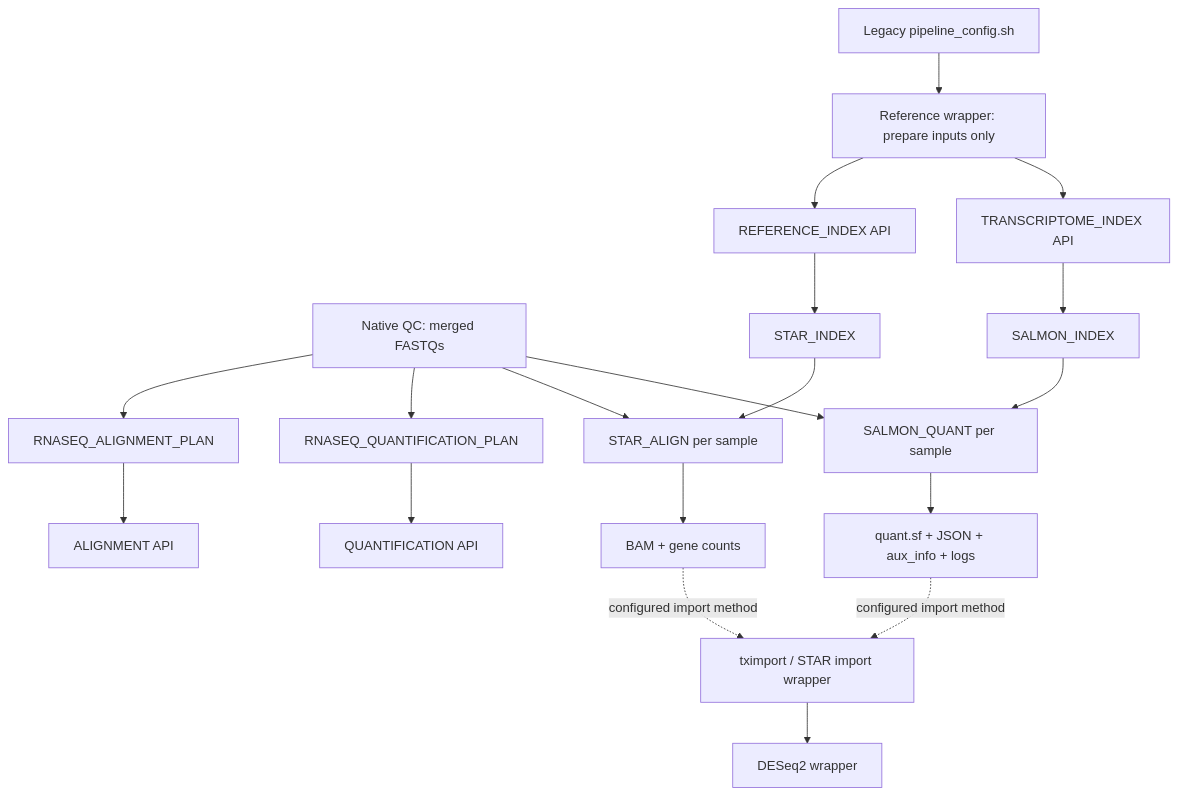
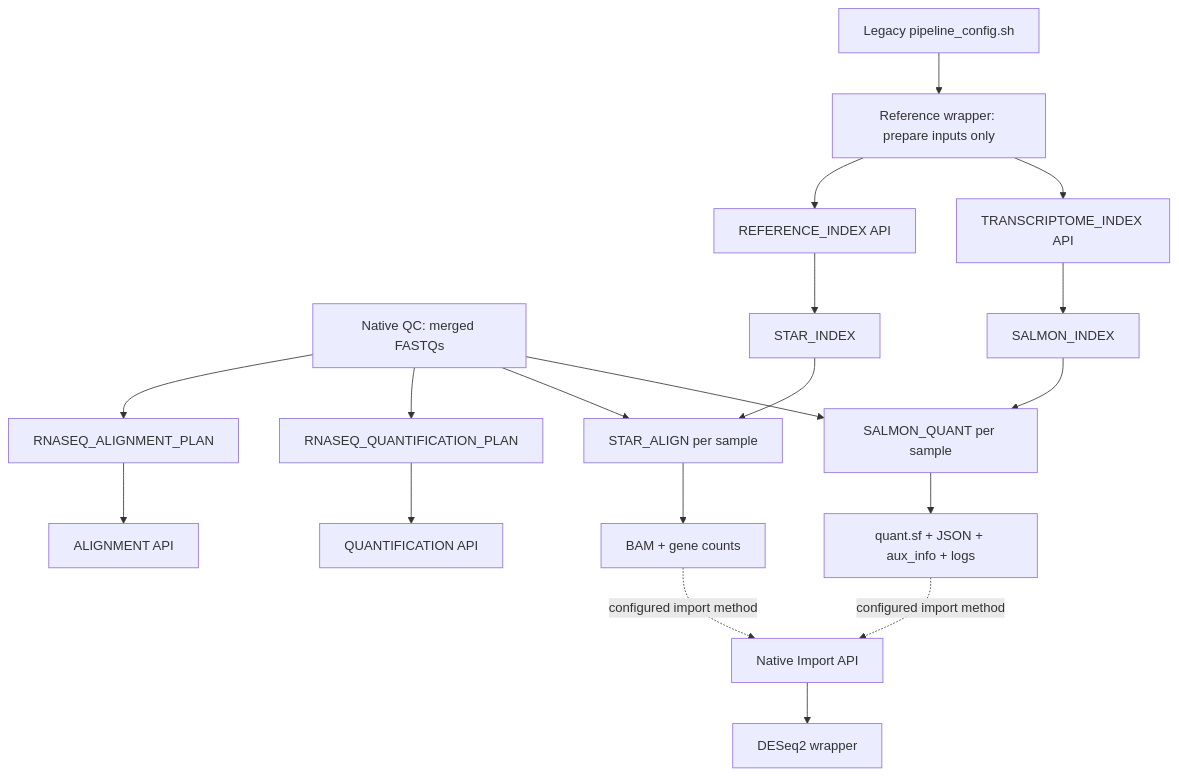
Before and after one commit to GMiguelAlves/HelixForge: the diagram in docs/native-rnaseq-quantification.md, drawn with Mermaid. The commit also changed other lines of this file and 9 other files, not shown here.

Commit message:
Document native import

````diff
--- a/docs/native-rnaseq-quantification.md
+++ b/docs/native-rnaseq-quantification.md
@@ -36,21 +36,21 @@
 ```mermaid
 flowchart TD
     CFG["Legacy pipeline_config.sh"] --> REF["Reference wrapper: prepare inputs only"]
     QC["Native QC: merged FASTQs"] --> AP["RNASEQ_ALIGNMENT_PLAN"]
     QC --> QP["RNASEQ_QUANTIFICATION_PLAN"]
     REF --> RI["REFERENCE_INDEX API"]
     AP --> AL["ALIGNMENT API"]
     RI --> SI["STAR_INDEX"]
     SI --> SA["STAR_ALIGN per sample"]
     REF --> TI["TRANSCRIPTOME_INDEX API"]
     QP --> QU["QUANTIFICATION API"]
     TI --> SX["SALMON_INDEX"]
     SX --> SQ["SALMON_QUANT per sample"]
     QC --> SA
     QC --> SQ
     SA --> STAROUT["BAM + gene counts"]
     SQ --> SALMONOUT["quant.sf + JSON + aux_info + logs"]
-    STAROUT -. "configured import method" .-> TX["tximport / STAR import wrapper"]
+    STAROUT -. "configured import method" .-> TX["Native Import API"]
     SALMONOUT -. "configured import method" .-> TX
     TX --> DEG["DESeq2 wrapper"]
 ```
````
